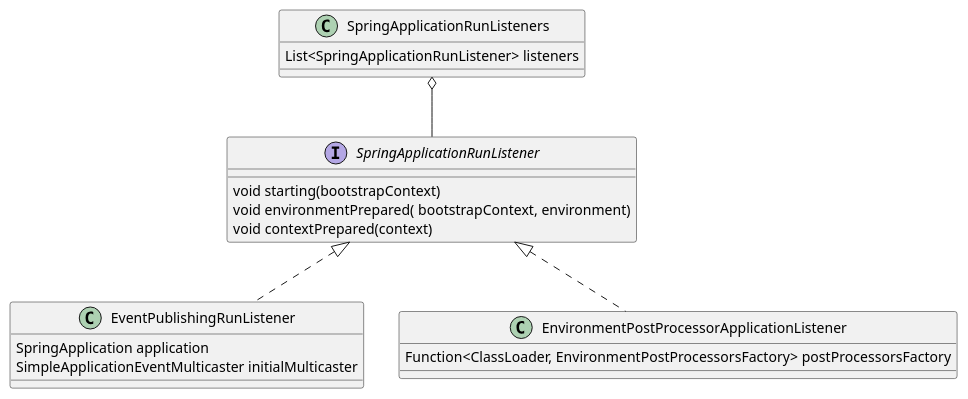
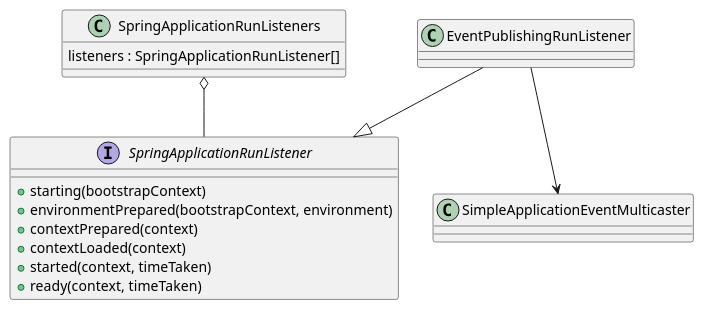
The fourth of 12 diagrams in content/post/java/spring/spring-boot.md (kevinwang930/kevinwang930.github.io), drawn with PlantUML before and after one commit. The commit also changed other lines of this file and 2 other files, not shown here.

````diff
--- a/content/post/java/spring/spring-boot.md
+++ b/content/post/java/spring/spring-boot.md
@@ -110,22 +252,20 @@
 ```plantuml
+@startuml
 class SpringApplicationRunListeners {
-    List<SpringApplicationRunListener> listeners
+  listeners : SpringApplicationRunListener[]
 }
 interface SpringApplicationRunListener {
-    void starting(bootstrapContext)
-    void environmentPrepared( bootstrapContext, environment)
-    void contextPrepared(context)
+  +starting(bootstrapContext)
+  +environmentPrepared(bootstrapContext, environment)
+  +contextPrepared(context)
+  +contextLoaded(context)
+  +started(context, timeTaken)
+  +ready(context, timeTaken)
 }
-
-class EventPublishingRunListener implements SpringApplicationRunListener {
-    SpringApplication application
-    SimpleApplicationEventMulticaster initialMulticaster
-}
-
-class EnvironmentPostProcessorApplicationListener implements SpringApplicationRunListener {
-    Function<ClassLoader, EnvironmentPostProcessorsFactory> postProcessorsFactory
-}
-
+class EventPublishingRunListener
+class SimpleApplicationEventMulticaster
 SpringApplicationRunListeners o-- SpringApplicationRunListener
-
+EventPublishingRunListener --|> SpringApplicationRunListener
+EventPublishingRunListener --> SimpleApplicationEventMulticaster
+@enduml
 ```
````
